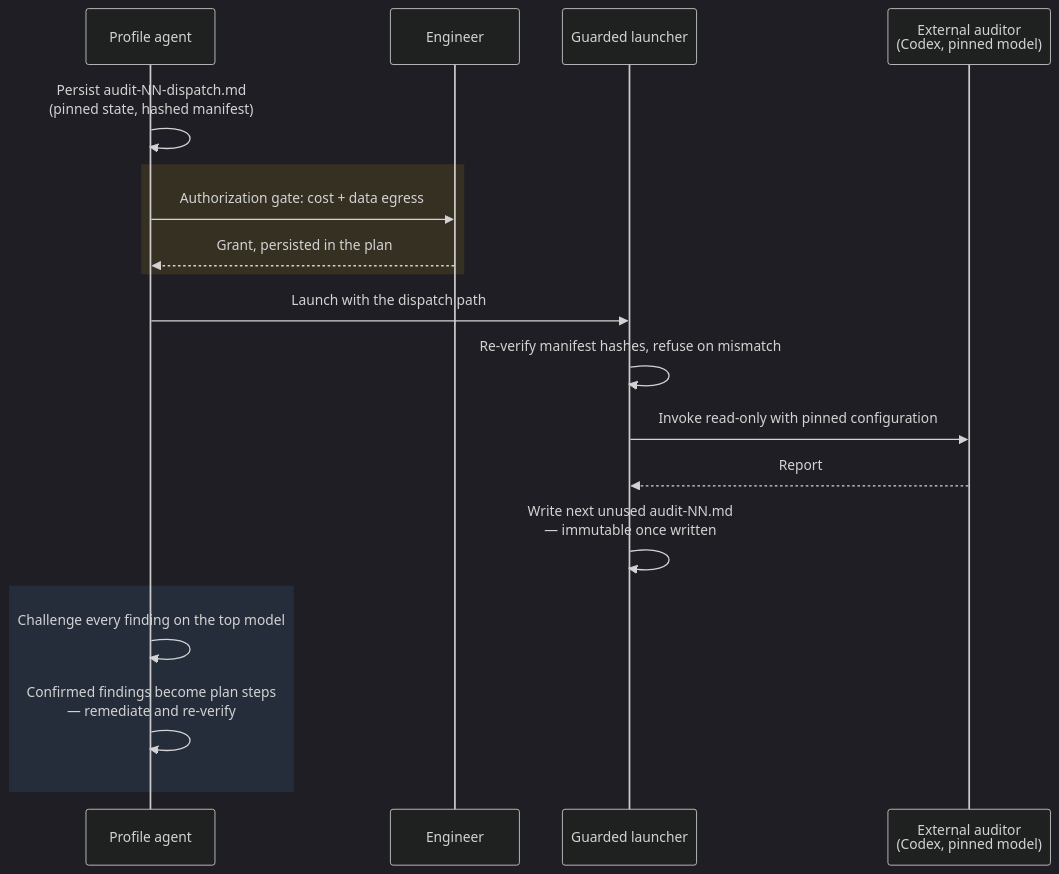
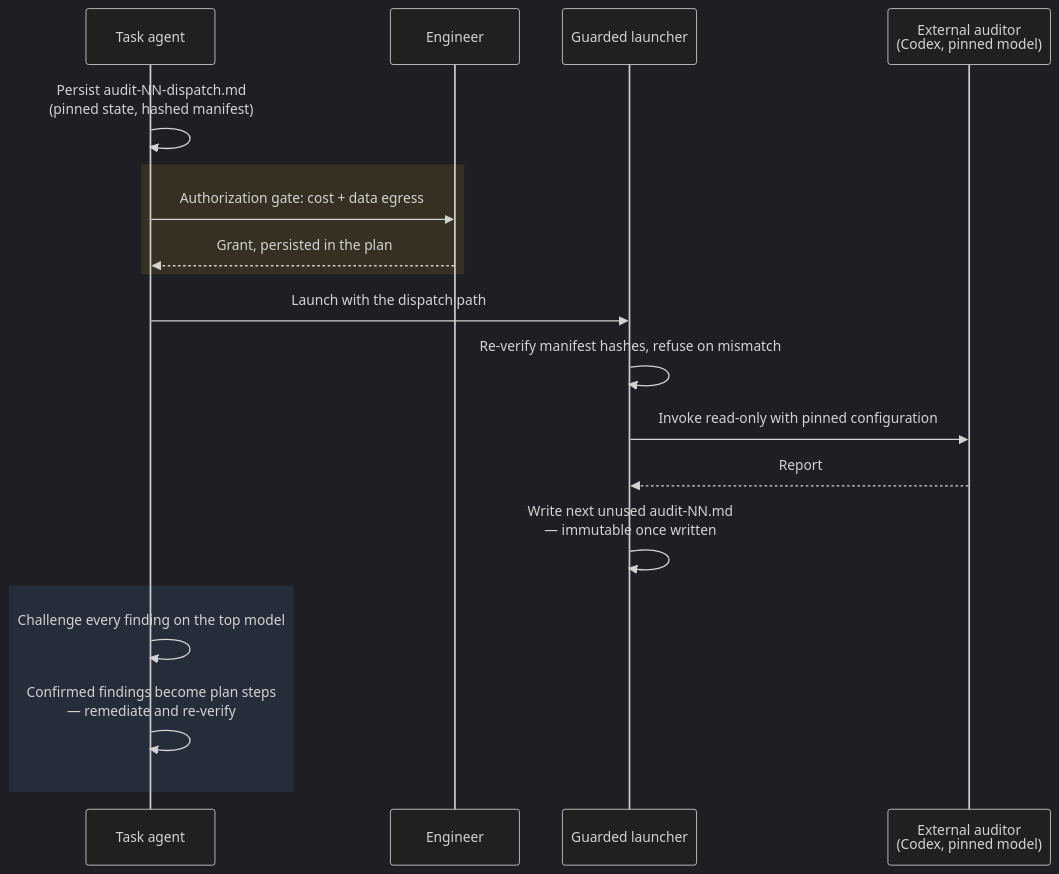
The third of 4 diagrams in README.md (pablofrommars/protodog), drawn with Mermaid before and after one commit. The commit also changed other lines of this file and 38 other files, not shown here.

````diff
--- a/README.md
+++ b/README.md
@@ -312,23 +317,23 @@
 ```mermaid
 %%{init: {'theme':'dark'}}%%
 sequenceDiagram
-    participant A as Profile agent
+    participant A as Task agent
     participant E as Engineer
     participant L as Guarded launcher
     participant X as External auditor<br>(Codex, pinned model)
 
     A->>A: Persist audit-NN-dispatch.md<br>(pinned state, hashed manifest)
     rect rgba(250,204,21,0.1)
         A->>E: Authorization gate: cost + data egress
         E-->>A: Grant, persisted in the plan
     end
     A->>L: Launch with the dispatch path
     L->>L: Re-verify manifest hashes, refuse on mismatch
     L->>X: Invoke read-only with pinned configuration
     X-->>L: Report
     L->>L: Write next unused audit-NN.md<br>— immutable once written
     rect rgba(96,165,250,0.1)
         A->>A: Challenge every finding on the top model
         A->>A: Confirmed findings become plan steps<br>— remediate and re-verify
     end
 ```
````
